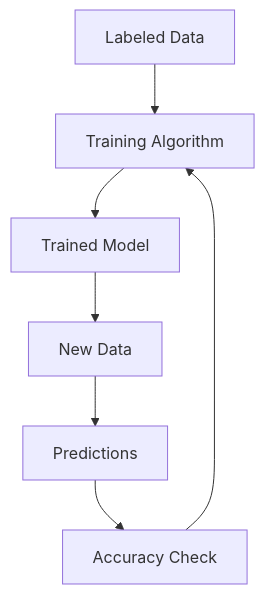
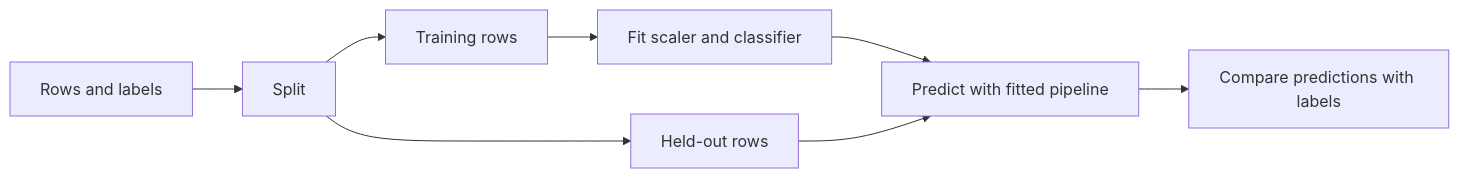
One commit to markuskreitzer/kreitzer-dot-dev changed the diagram in content/blog/machine-learning-intro.md. Above: the diagram before and after it, drawn with Mermaid. The commit also changed other lines of this file and 16 other files, not shown here.

````diff
--- a/content/blog/machine-learning-intro.md
+++ b/content/blog/machine-learning-intro.md
@@ -59,10 +55,10 @@
 ```mermaid
-graph TD
-    A[Labeled Data] --> B[Training Algorithm]
-    B --> C[Trained Model]
-    C --> D[New Data]
-    D --> E[Predictions]
-    
-    F[Accuracy Check] --> B
-    E --> F
+flowchart LR
+    Data[Rows and labels] --> Split[Split]
+    Split --> Train[Training rows]
+    Split --> Test[Held-out rows]
+    Train --> Fit[Fit scaler and classifier]
+    Fit --> Predict[Predict with fitted pipeline]
+    Test --> Predict
+    Predict --> Compare[Compare predictions with labels]
 ```
````
